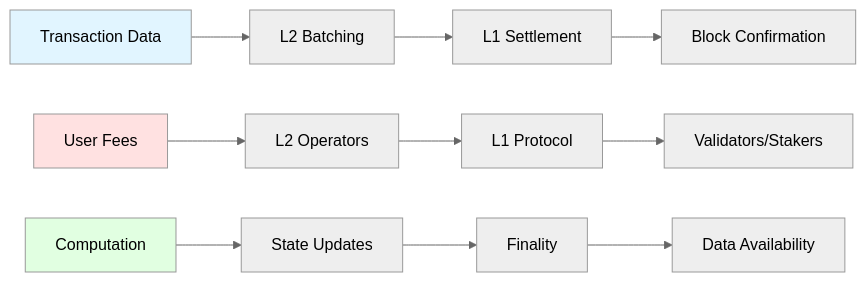
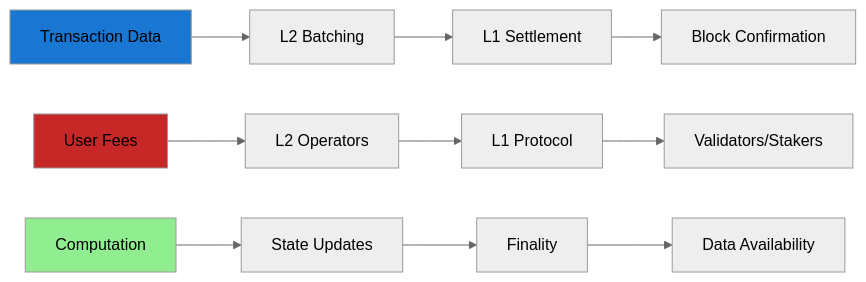
Before and after one commit to ljg-cqu/knowledge: the second of 22 diagrams in Industry/Blockchain/Blockchain/ValueChain/QA_ClaudeOpus.md, drawn with Mermaid (neutral theme). The commit also changed other lines of this file and 6 other files, not shown here.

````diff
--- a/Industry/Blockchain/Blockchain/ValueChain/QA_ClaudeOpus.md
+++ b/Industry/Blockchain/Blockchain/ValueChain/QA_ClaudeOpus.md
@@ -98,18 +98,18 @@
 ```mermaid
 graph LR
     A[Transaction Data] --> B[L2 Batching]
     B --> C[L1 Settlement]
     C --> D[Block Confirmation]
     
     E[User Fees] --> F[L2 Operators]
     F --> G[L1 Protocol]
     G --> H[Validators/Stakers]
     
     I[Computation] --> J[State Updates]
     J --> K[Finality]
     K --> L[Data Availability]
     
-    style A fill:#e1f5ff
-    style E fill:#ffe1e1
-    style I fill:#e1ffe1
+    style A fill:#1976D2
+    style E fill:#C62828
+    style I fill:#90EE90
 ```
````
